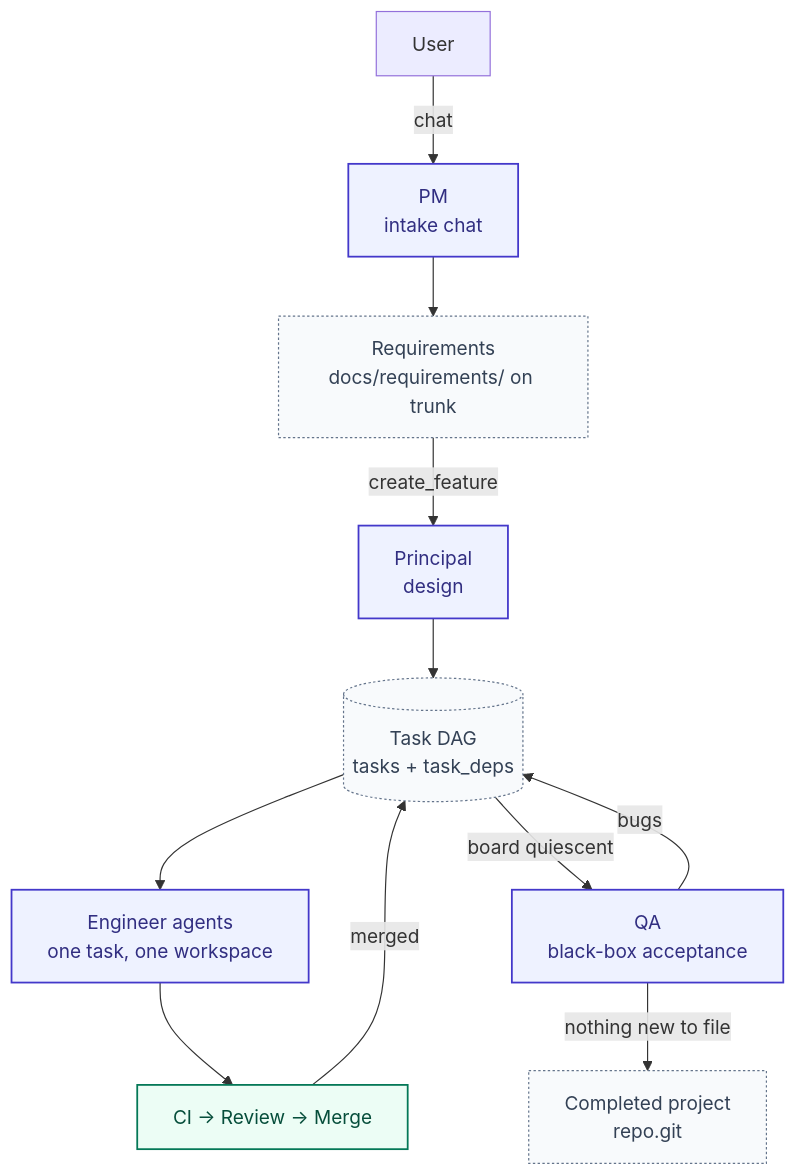
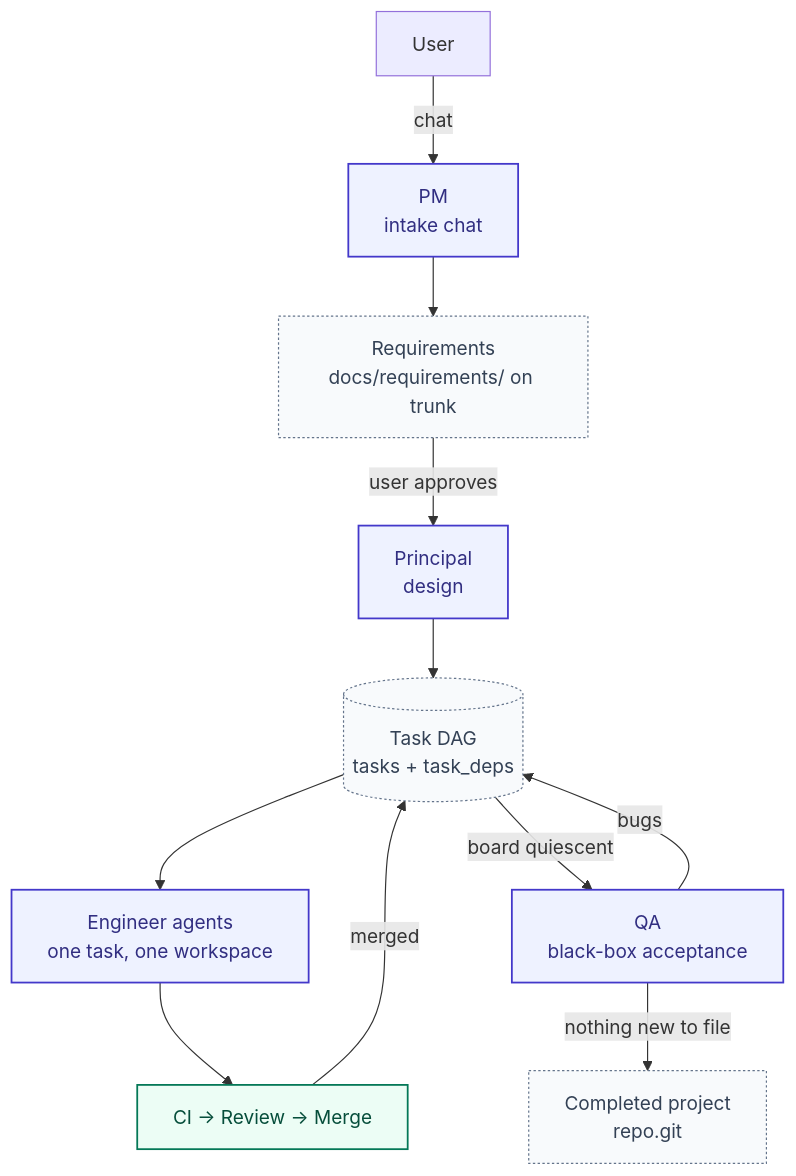
Before and after one commit to rachiet/forge: the first of 4 diagrams in ARCHITECTURE.md, drawn with Mermaid. The commit also changed other lines of this file and 6 other files, not shown here.

Commit message:
Remove the create_feature tool, unreachable since propose_requirements replaced it on the PM recipe, and update the comments and docs that still described it as the PM's handoff

````diff
--- a/ARCHITECTURE.md
+++ b/ARCHITECTURE.md
@@ -50,27 +50,27 @@
 ```mermaid
 flowchart TD
     classDef orch fill:#eef2ff,stroke:#4338ca,stroke-width:1.5px,color:#312e81
     classDef harness fill:#ecfdf5,stroke:#047857,stroke-width:1.5px,color:#064e3b
     classDef store fill:#f8fafc,stroke:#64748b,stroke-width:1px,color:#334155,stroke-dasharray: 2 2
 
     USER["User"]
     PM["PM<br/>intake chat"]:::orch
     REQ["Requirements<br/>docs/requirements/ on trunk"]:::store
     PRIN["Principal<br/>design"]:::orch
     DAG[("Task DAG<br/>tasks + task_deps")]:::store
     ENG["Engineer agents<br/>one task, one workspace"]:::orch
     GATE["CI → Review → Merge"]:::harness
     QA["QA<br/>black-box acceptance"]:::orch
     DONE["Completed project<br/>repo.git"]:::store
 
     USER -->|chat| PM
     PM --> REQ
-    REQ -->|create_feature| PRIN
+    REQ -->|user approves| PRIN
     PRIN --> DAG
     DAG --> ENG
     ENG --> GATE
     GATE -->|merged| DAG
     DAG -->|board quiescent| QA
     QA -->|bugs| DAG
     QA -->|nothing new to file| DONE
 ```
````
